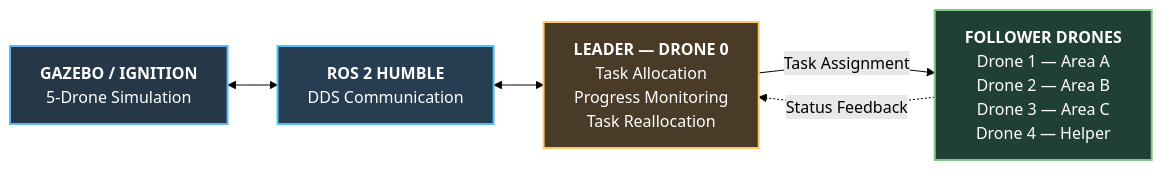
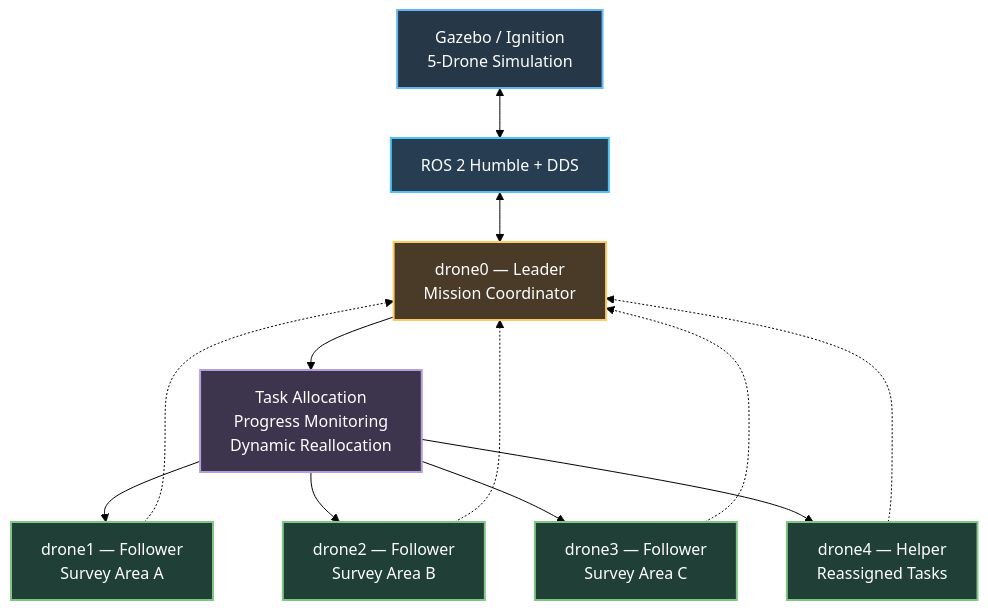
One commit to rishivexe-alt/AeroNexus changed the diagram in README.md. Above: the diagram before and after it, drawn with Mermaid (forest theme). The commit also changed other lines of this file, not shown here.

````diff
--- a/README.md
+++ b/README.md
@@ -73,22 +73,42 @@
 ```mermaid
-flowchart LR
-    A["<b>GAZEBO / IGNITION</b><br/>5-Drone Simulation"]
-    B["<b>ROS 2 HUMBLE</b><br/>DDS Communication"]
-    C["<b>LEADER — DRONE 0</b><br/>Task Allocation<br/>Progress Monitoring<br/>Task Reallocation"]
-    D["<b>FOLLOWER DRONES</b><br/>Drone 1 — Area A<br/>Drone 2 — Area B<br/>Drone 3 — Area C<br/>Drone 4 — Helper"]
+flowchart TB
 
-    A <--> B
-    B <--> C
-    C -->|Task Assignment| D
-    D -.->|Status Feedback| C
+    SIM["Gazebo / Ignition<br/>5-Drone Simulation"]
+    ROS["ROS 2 Humble + DDS"]
 
-    classDef sim fill:#263747,stroke:#64B5F6,color:#FFFFFF,stroke-width:2px
-    classDef comm fill:#263D52,stroke:#4FC3F7,color:#FFFFFF,stroke-width:2px
+    LEAD["drone0 — Leader<br/>Mission Coordinator"]
+
+    TASK["Task Allocation<br/>Progress Monitoring<br/>Dynamic Reallocation"]
+
+    F1["drone1 — Follower<br/>Survey Area A"]
+    F2["drone2 — Follower<br/>Survey Area B"]
+    F3["drone3 — Follower<br/>Survey Area C"]
+    F4["drone4 — Helper<br/>Reassigned Tasks"]
+
+    SIM <--> ROS
+    ROS <--> LEAD
+
+    LEAD --> TASK
+
+    TASK --> F1
+    TASK --> F2
+    TASK --> F3
+    TASK --> F4
+
+    F1 -.-> LEAD
+    F2 -.-> LEAD
+    F3 -.-> LEAD
+    F4 -.-> LEAD
+
+    classDef simulation fill:#263747,stroke:#64B5F6,color:#FFFFFF,stroke-width:2px
+    classDef middleware fill:#263D52,stroke:#4FC3F7,color:#FFFFFF,stroke-width:2px
     classDef leader fill:#493B27,stroke:#FFCA65,color:#FFFFFF,stroke-width:2px
-    classDef drones fill:#203F36,stroke:#81C784,color:#FFFFFF,stroke-width:2px
+    classDef task fill:#3D344E,stroke:#B39DDB,color:#FFFFFF,stroke-width:2px
+    classDef follower fill:#203F36,stroke:#81C784,color:#FFFFFF,stroke-width:2px
 
-    class A sim
-    class B comm
-    class C leader
-    class D drones
+    class SIM simulation
+    class ROS middleware
+    class LEAD leader
+    class TASK task
+    class F1,F2,F3,F4 follower
 ```
````
